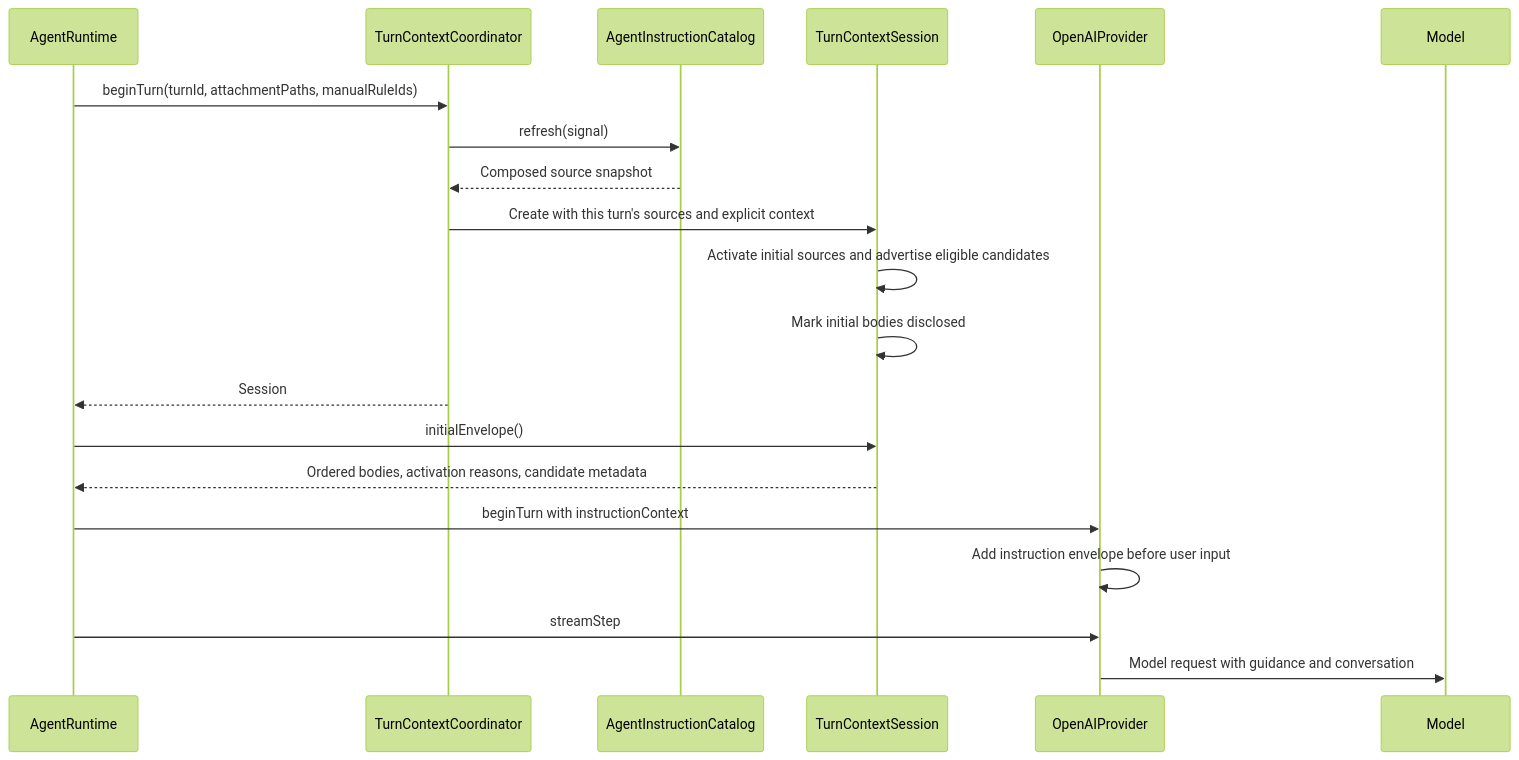
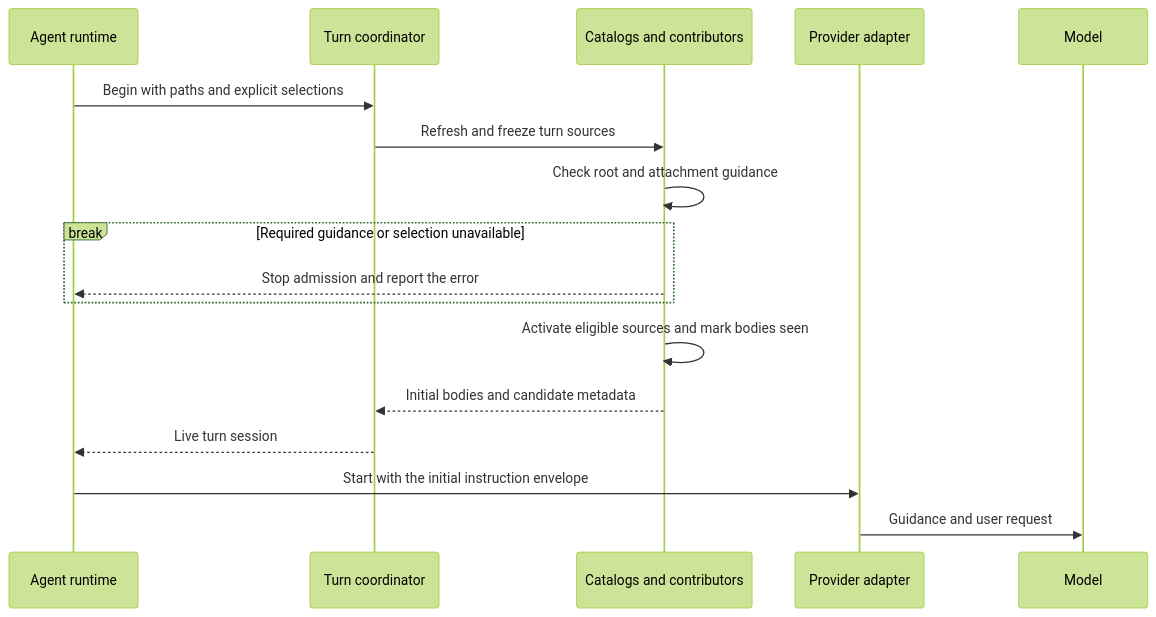
The second of 10 diagrams in docs/AGENT_INSTRUCTIONS.md (danceroutine/Glyph), drawn with Mermaid (forest theme) before and after one commit. The commit also changed other lines of this file, not shown here.

Commit message:
Document instruction identity, approval and sandbox flows

````diff
--- a/docs/AGENT_INSTRUCTIONS.md
+++ b/docs/AGENT_INSTRUCTIONS.md
@@ -90,23 +88,20 @@
 ```mermaid
 sequenceDiagram
-    participant Runtime as AgentRuntime
-    participant Coordinator as TurnContextCoordinator
-    participant Catalog as AgentInstructionCatalog
-    participant Session as TurnContextSession
-    participant Adapter as OpenAIProvider
+    participant Run as Agent runtime
+    participant Turn as Turn coordinator
+    participant Sources as Catalogs and contributors
+    participant Adapter as Provider adapter
     participant Model
 
-    Runtime->>Coordinator: beginTurn(turnId, attachmentPaths, manualRuleIds)
-    Coordinator->>Catalog: refresh(signal)
-    Catalog-->>Coordinator: Composed source snapshot
-    Coordinator->>Session: Create with this turn's sources and explicit context
-    Session->>Session: Activate initial sources and advertise eligible candidates
-    Session->>Session: Mark initial bodies disclosed
-    Coordinator-->>Runtime: Session
-    Runtime->>Session: initialEnvelope()
-    Session-->>Runtime: Ordered bodies, activation reasons, candidate metadata
-    Runtime->>Adapter: beginTurn with instructionContext
-    Adapter->>Adapter: Add instruction envelope before user input
-    Runtime->>Adapter: streamStep
-    Adapter->>Model: Model request with guidance and conversation
+    Run->>Turn: Begin with paths and explicit selections
+    Turn->>Sources: Refresh and freeze turn sources
+    Sources->>Sources: Check root and attachment guidance
+    break Required guidance or selection unavailable
+        Sources-->>Run: Stop admission and report the error
+    end
+    Sources->>Sources: Activate eligible sources and mark bodies seen
+    Sources-->>Turn: Initial bodies and candidate metadata
+    Turn-->>Run: Live turn session
+    Run->>Adapter: Start with the initial instruction envelope
+    Adapter->>Model: Guidance and user request
 ```
````
